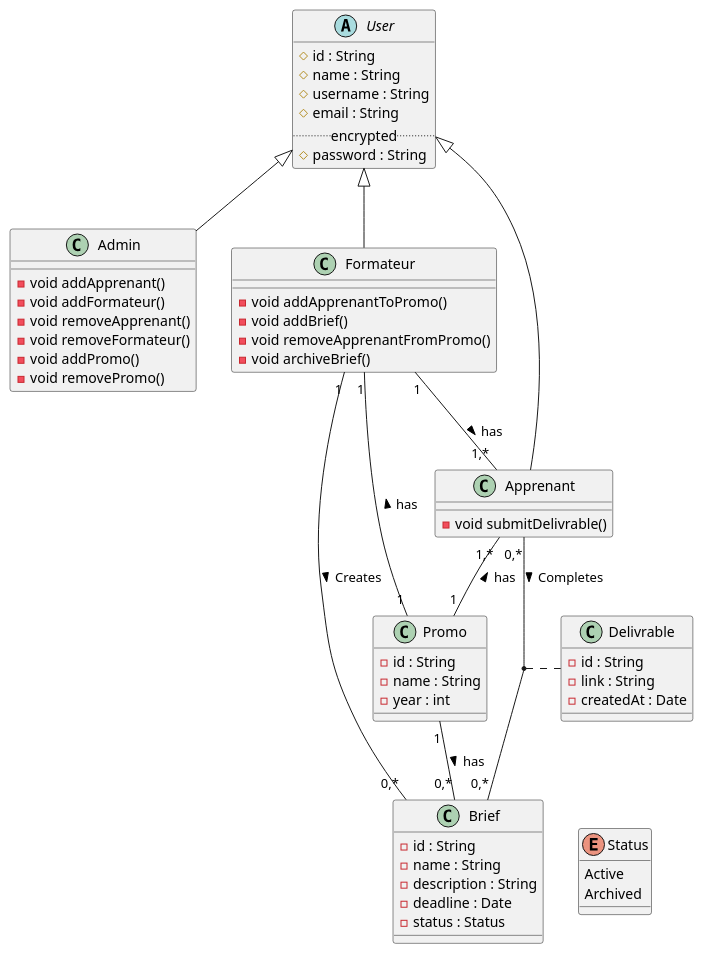
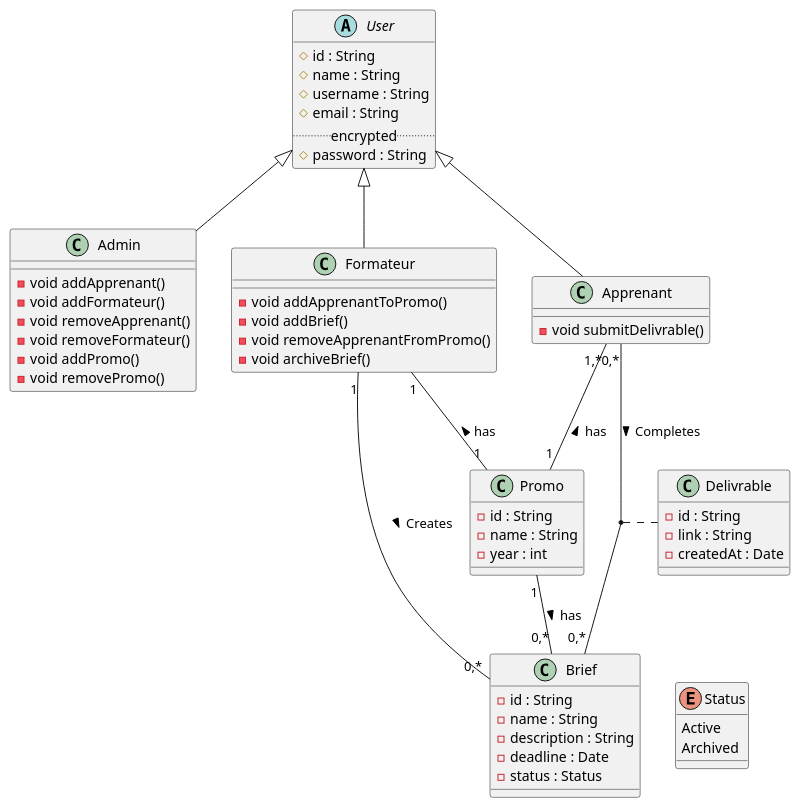
One commit to aymenBenadra/SimpRun changed the diagram in UML Diagrams/class diagram.puml. Above: the diagram before and after it, drawn with PlantUML. The commit also changed 3 other files, not shown here.

Commit message:
Removed unnecessary relationship between Apprenant and Formateur to achieve simpler architecture.

```diff
--- a/UML Diagrams/class diagram.puml
+++ b/UML Diagrams/class diagram.puml
@@ -1,70 +1,69 @@
 @startuml
 
 abstract class User {
   # id : String
   # name : String
   # username : String
   # email : String
   .. encrypted ..
   # password : String
 }
 
 class Admin {
   - void addApprenant()
   - void addFormateur()
   - void removeApprenant()
   - void removeFormateur()
   - void addPromo()
   - void removePromo()
 }
 
 class Formateur {
   - void addApprenantToPromo()
   - void addBrief()
   - void removeApprenantFromPromo()
   - void archiveBrief()
 }
 
 class Apprenant {
   - void submitDelivrable()
 }
 
 class Promo {
   - id : String
   - name : String
   - year : int
 }
 
 class Brief {
   - id : String
   - name : String
   - description : String
   - deadline : Date
   - status : Status
 }
 
 enum Status {
   Active
   Archived
 }
 
 class Delivrable {
   - id : String
   - link : String
   - createdAt : Date
 }
 
 User ^-- Admin
 User ^-- Formateur
 User ^-- Apprenant
 
 Formateur "1" -- "1" Promo : has <
-Formateur "1" -- "1,*" Apprenant : has >
 Apprenant "1,*" -- "1" Promo : has <
 Promo "1" -- "0,*" Brief : has >
 Formateur "1" -[norank]- "0,*" Brief : Creates >
 Apprenant "0,*" -- "0,*" Brief : Completes >
 (Apprenant, Brief) .. Delivrable
 Brief -[hidden]right- Status
 
 @enduml
```
